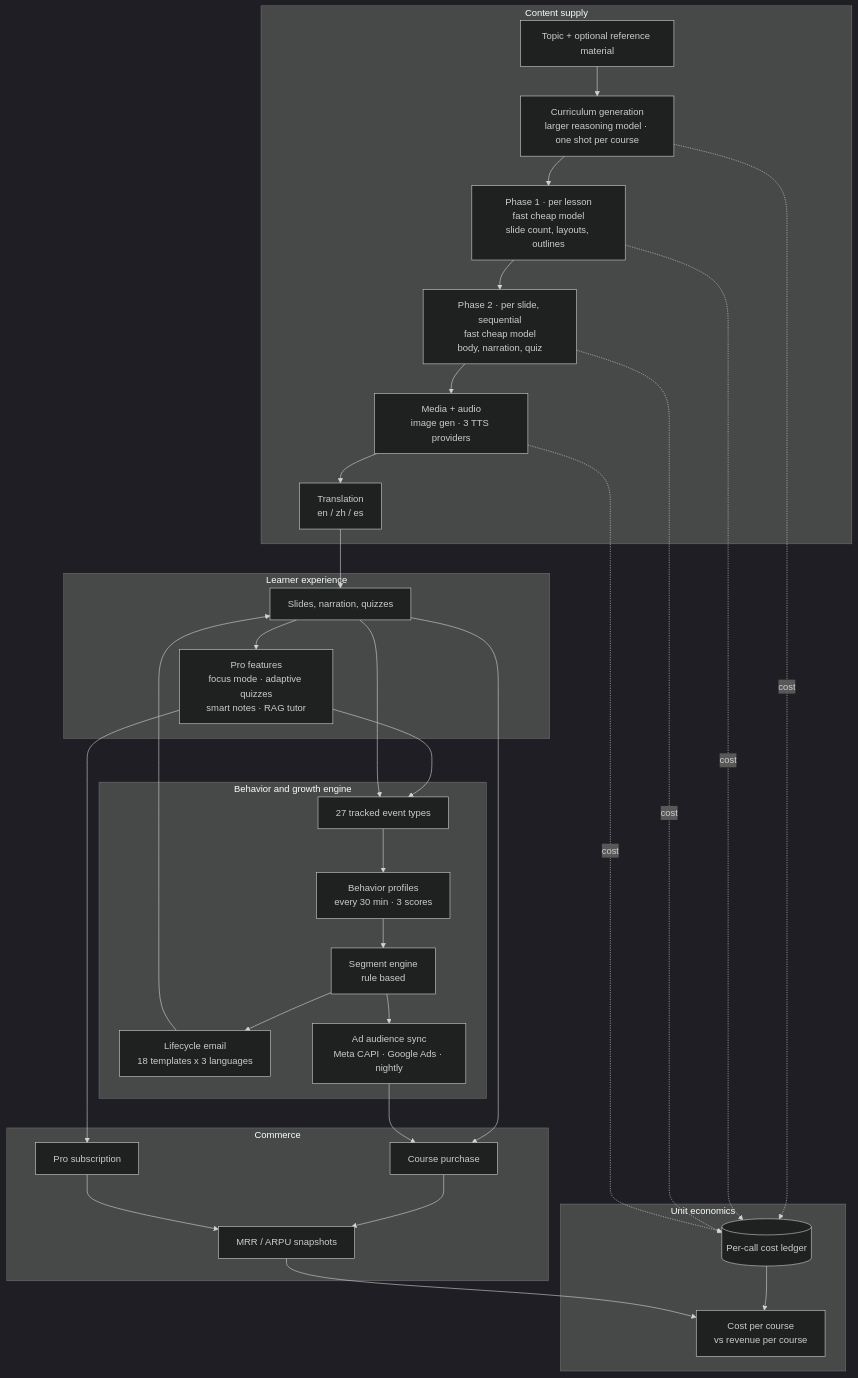
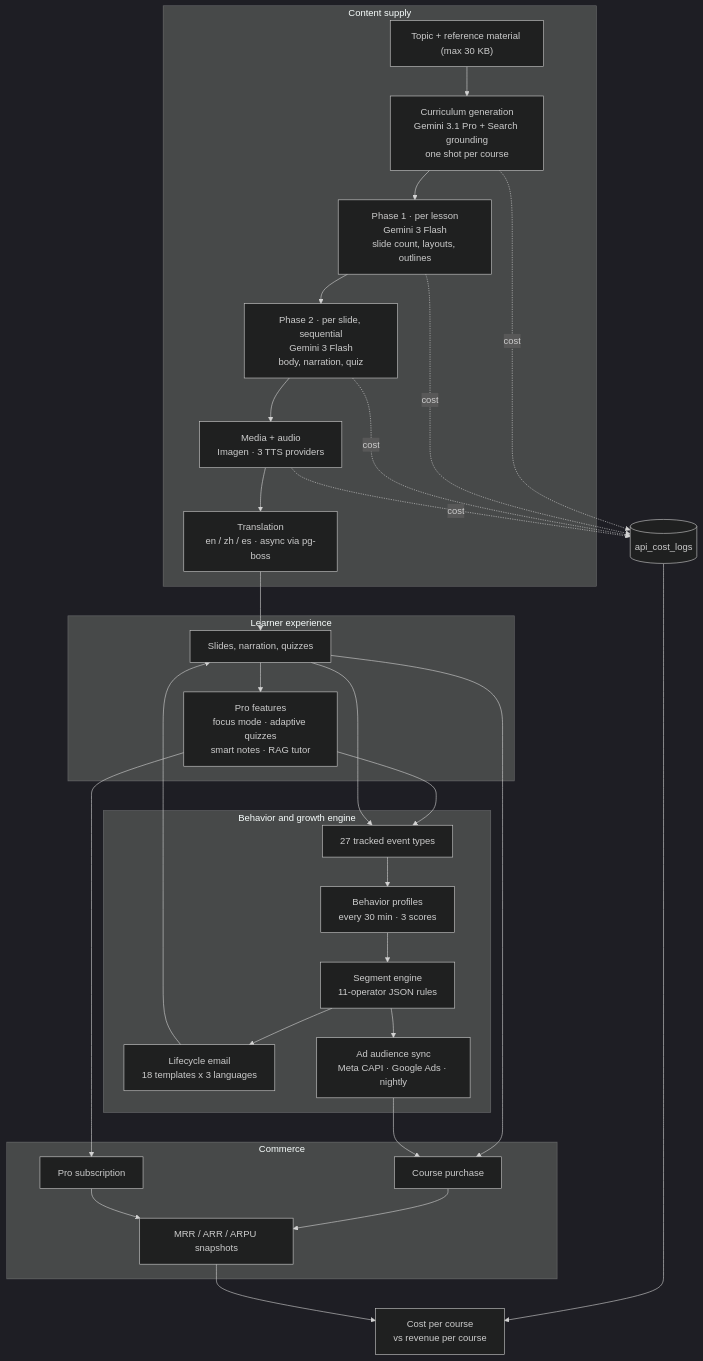
The first of 2 diagrams in README.md (jimmy1220fbab/vocuz-case-study), drawn with Mermaid (dark theme) before and after one commit. The commit also changed other lines of this file, not shown here.

First line of the commit message:
Raise disclosure to architecture level

````diff
--- a/README.md
+++ b/README.md
@@ -21,43 +19,41 @@
 ```mermaid
 flowchart TB
   subgraph Supply["Content supply"]
-    T["Topic + optional reference material"] --> C["Curriculum generation<br/>larger reasoning model · one shot per course"]
-    C --> P1["Phase 1 · per lesson<br/>fast cheap model<br/>slide count, layouts, outlines"]
-    P1 --> P2["Phase 2 · per slide, sequential<br/>fast cheap model<br/>body, narration, quiz"]
-    P2 --> M["Media + audio<br/>image gen · 3 TTS providers"]
-    M --> TR["Translation<br/>en / zh / es"]
+    T["Topic + reference material (max 30 KB)"] --> C["Curriculum generation<br/>Gemini 3.1 Pro + Search grounding<br/>one shot per course"]
+    C --> P1["Phase 1 · per lesson<br/>Gemini 3 Flash<br/>slide count, layouts, outlines"]
+    P1 --> P2["Phase 2 · per slide, sequential<br/>Gemini 3 Flash<br/>body, narration, quiz"]
+    P2 --> M["Media + audio<br/>Imagen · 3 TTS providers"]
+    M --> TR["Translation<br/>en / zh / es · async via pg-boss"]
   end
 
   subgraph Demand["Learner experience"]
     TR --> L["Slides, narration, quizzes"]
     L --> PRO["Pro features<br/>focus mode · adaptive quizzes<br/>smart notes · RAG tutor"]
   end
 
   subgraph Loop["Behavior and growth engine"]
     PRO --> EV["27 tracked event types"]
     L --> EV
     EV --> BP["Behavior profiles<br/>every 30 min · 3 scores"]
-    BP --> SEG["Segment engine<br/>rule based"]
+    BP --> SEG["Segment engine<br/>11-operator JSON rules"]
     SEG --> EM["Lifecycle email<br/>18 templates x 3 languages"]
     SEG --> AD["Ad audience sync<br/>Meta CAPI · Google Ads · nightly"]
   end
 
   subgraph Money["Commerce"]
     L --> BUY["Course purchase"]
     PRO --> SUB["Pro subscription"]
-    BUY --> MRR["MRR / ARPU snapshots"]
+    BUY --> MRR["MRR / ARR / ARPU snapshots"]
     SUB --> MRR
   end
 
-  subgraph Econ["Unit economics"]
-    C -.cost.-> LEDGER[("Per-call cost ledger")]
-    P1 -.cost.-> LEDGER
-    P2 -.cost.-> LEDGER
-    M -.cost.-> LEDGER
-    LEDGER --> MARGIN["Cost per course<br/>vs revenue per course"]
-    MRR --> MARGIN
-  end
+  C -.cost.-> LEDGER[("api_cost_logs")]
+  P1 -.cost.-> LEDGER
+  P2 -.cost.-> LEDGER
+  M -.cost.-> LEDGER
+  LEDGER --> MARGIN["Cost per course<br/>vs revenue per course"]
+  MRR --> MARGIN
 
   EM --> L
   AD --> BUY
 ```
````
